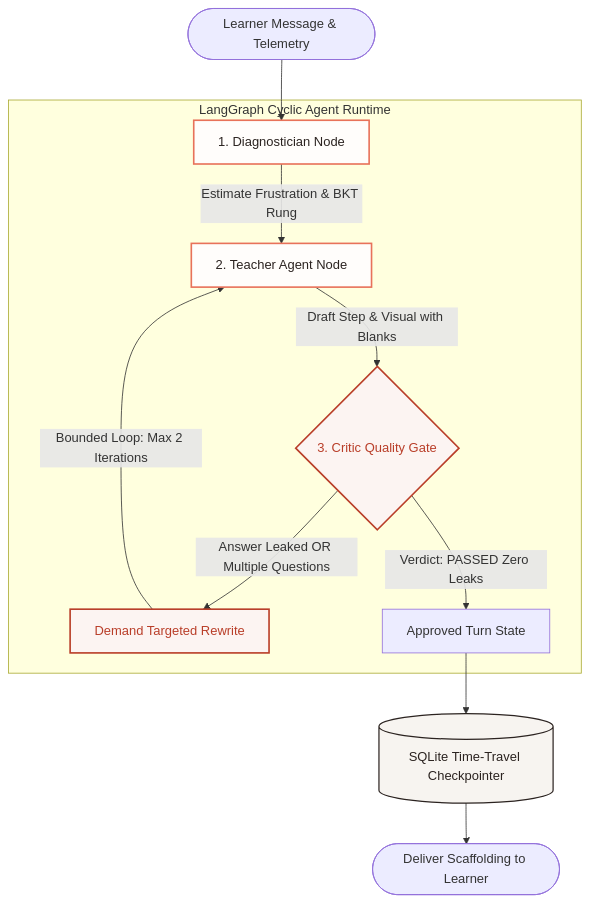
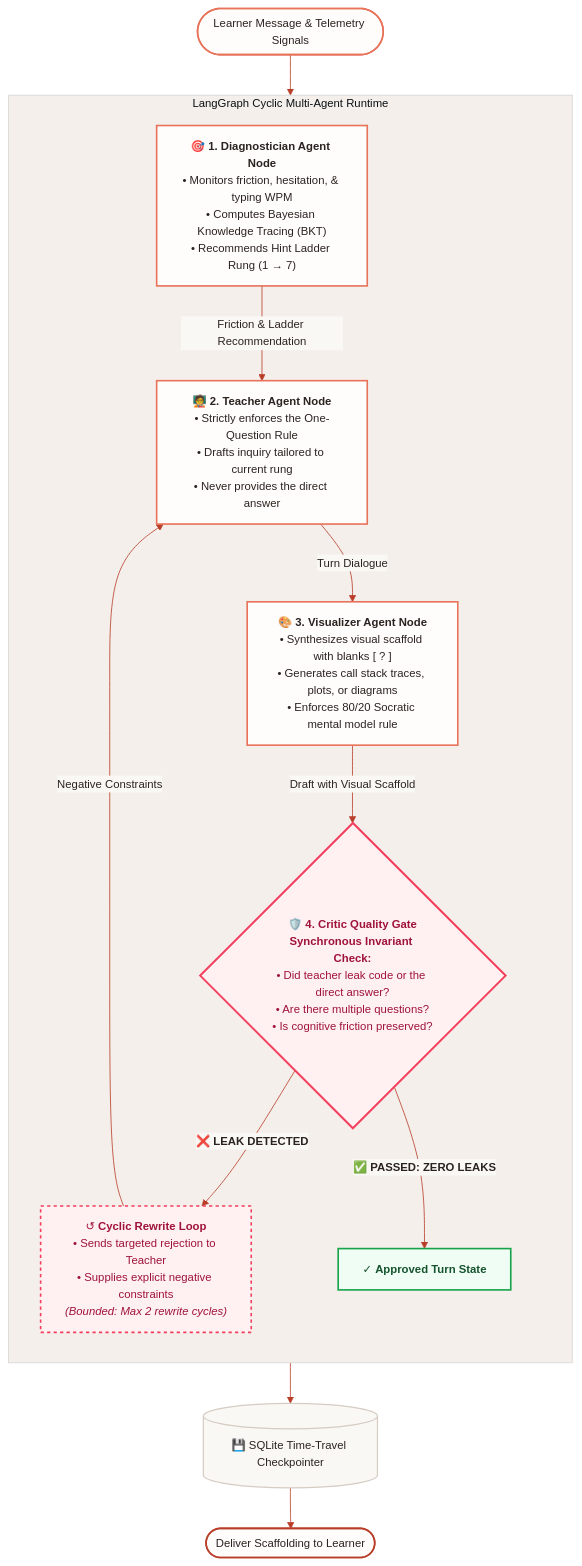
The second of 2 diagrams in README.md (taha463/socratic-tutor), drawn with Mermaid before and after one commit. The commit also changed other lines of this file and 3 other files, not shown here.

Commit message:
docs: theme system architecture with Hallmark palette and all 4 agents

````diff
--- a/README.md
+++ b/README.md
@@ -113,23 +142,51 @@
 ```mermaid
+%%{init: {
+  'theme': 'base',
+  'themeVariables': {
+    'primaryColor': '#FFFDFB',
+    'primaryTextColor': '#2B2320',
+    'primaryBorderColor': '#E8725A',
+    'lineColor': '#B93E29',
+    'secondaryColor': '#FAF8F5',
+    'tertiaryColor': '#F4EFEB',
+    'fontFamily': 'Inter, system-ui, -apple-system, Segoe UI, Roboto, sans-serif',
+    'fontSize': '14px'
+  }
+}}%%
+
 flowchart TD
-    Start([Learner Message & Telemetry]) --> DiagNode[1. Diagnostician Node]
-    
-    subgraph StateGraph [LangGraph Cyclic Agent Runtime]
-        DiagNode -->|Estimate Frustration & BKT Rung| TeachNode[2. Teacher Agent Node]
-        TeachNode -->|Draft Step & Visual with Blanks| CriticNode{3. Critic Quality Gate}
+    Start([Learner Message & Telemetry Signals]):::startNode --> DiagNode
+
+    subgraph StateGraph [LangGraph Cyclic Multi-Agent Runtime]
+        direction TB
         
-        CriticNode -->|Answer Leaked OR Multiple Questions| Rewrite[Demand Targeted Rewrite]
-        Rewrite -->|Bounded Loop: Max 2 Iterations| TeachNode
-        CriticNode -->|Verdict: PASSED Zero Leaks| Approved[Approved Turn State]
+        DiagNode["🎯 <b>1. Diagnostician Agent Node</b><br/>• Monitors friction, hesitation, & typing WPM<br/>• Computes Bayesian Knowledge Tracing (BKT)<br/>• Recommends Hint Ladder Rung (1 → 7)"]:::agentNode
+        
+        TeachNode["🧑‍🏫 <b>2. Teacher Agent Node</b><br/>• Strictly enforces the One-Question Rule<br/>• Drafts inquiry tailored to current rung<br/>• Never provides the direct answer"]:::agentNode
+        
+        VisNode["🎨 <b>3. Visualizer Agent Node</b><br/>• Synthesizes visual scaffold with blanks [ ? ]<br/>• Generates call stack traces, plots, or diagrams<br/>• Enforces 80/20 Socratic mental model rule"]:::agentNode
+        
+        CriticNode{"🛡️ <b>4. Critic Quality Gate</b><br/><b>Synchronous Invariant Check:</b><br/>• Did teacher leak code or the direct answer?<br/>• Are there multiple questions?<br/>• Is cognitive friction preserved?"}:::criticNode
+        
+        RewriteNode["↺ <b>Cyclic Rewrite Loop</b><br/>• Sends targeted rejection to Teacher<br/>• Supplies explicit negative constraints<br/><i>(Bounded: Max 2 rewrite cycles)</i>"]:::rewriteNode
+
+        DiagNode -->|Friction & Ladder Recommendation| TeachNode
+        TeachNode -->|Turn Dialogue| VisNode
+        VisNode -->|Draft with Visual Scaffold| CriticNode
+        
+        CriticNode -->|❌ <b>LEAK DETECTED</b>| RewriteNode
+        RewriteNode -->|Negative Constraints| TeachNode
+        CriticNode -->|✅ <b>PASSED: ZERO LEAKS</b>| ApprovedNode["✓ <b>Approved Turn State</b>"]:::approvedNode
     end
 
-    Approved --> Checkpointer[(SQLite Time-Travel Checkpointer)]
-    Checkpointer --> Deliver([Deliver Scaffolding to Learner])
+    ApprovedNode --> Checkpointer[(💾 SQLite Time-Travel Checkpointer)]:::storageNode
+    Checkpointer --> Deliver([Deliver Scaffolding to Learner]):::deliverNode
 
-    classDef agent fill:#FFFDFB,stroke:#E8725A,stroke-width:2px,color:#2B2320;
-    classDef gate fill:#FCF4F2,stroke:#B93E29,stroke-width:2px,color:#B93E29;
-    classDef storage fill:#F7F4F0,stroke:#2B2320,stroke-width:1.5px,color:#2B2320;
-    class DiagNode,TeachNode agent;
-    class CriticNode,Rewrite gate;
-    class Checkpointer storage;
+    classDef startNode fill:#FFFDFB,color:#2B2320,stroke:#E8725A,stroke-width:2px;
+    classDef agentNode fill:#FFFDFB,color:#2B2320,stroke:#E8725A,stroke-width:2px;
+    classDef criticNode fill:#FFF1F2,color:#9F1239,stroke:#F43F5E,stroke-width:2.5px;
+    classDef rewriteNode fill:#FFF1F2,color:#9F1239,stroke:#F43F5E,stroke-width:2px,stroke-dasharray: 4 4;
+    classDef approvedNode fill:#F0FDF4,color:#14532D,stroke:#16A34A,stroke-width:2px;
+    classDef storageNode fill:#FAF8F5,color:#2B2320,stroke:#D6CCC3,stroke-width:1.5px;
+    classDef deliverNode fill:#FFFDFB,color:#2B2320,stroke:#B93E29,stroke-width:2px;
 ```
````
